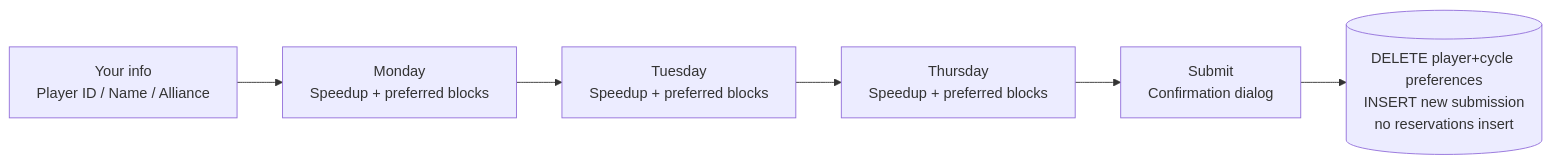
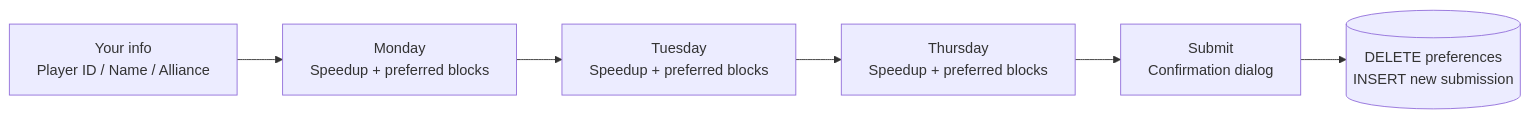
Before and after one commit to SxxM131/wos1234: the fourth of 8 diagrams in docs/RESERVATION_SYSTEM_EN.md, drawn with Mermaid. The commit also changed other lines of this file and 5 other files, not shown here.

First line of the commit message:
Render Mermaid diagrams into div.mermaid

````diff
--- a/docs/RESERVATION_SYSTEM_EN.md
+++ b/docs/RESERVATION_SYSTEM_EN.md
@@ -276,8 +276,8 @@
 ```mermaid
 flowchart LR
-  A[Your info\nPlayer ID / Name / Alliance] --> B[Monday\nSpeedup + preferred blocks]
-  B --> C[Tuesday\nSpeedup + preferred blocks]
-  C --> D[Thursday\nSpeedup + preferred blocks]
-  D --> E[Submit\nConfirmation dialog]
-  E --> F[(DELETE player+cycle preferences\nINSERT new submission\nno reservations insert)]
+  A["Your info\nPlayer ID / Name / Alliance"] --> B["Monday\nSpeedup + preferred blocks"]
+  B --> C["Tuesday\nSpeedup + preferred blocks"]
+  C --> D["Thursday\nSpeedup + preferred blocks"]
+  D --> E["Submit\nConfirmation dialog"]
+  E --> F[("DELETE preferences\nINSERT new submission")]
 ```
````
